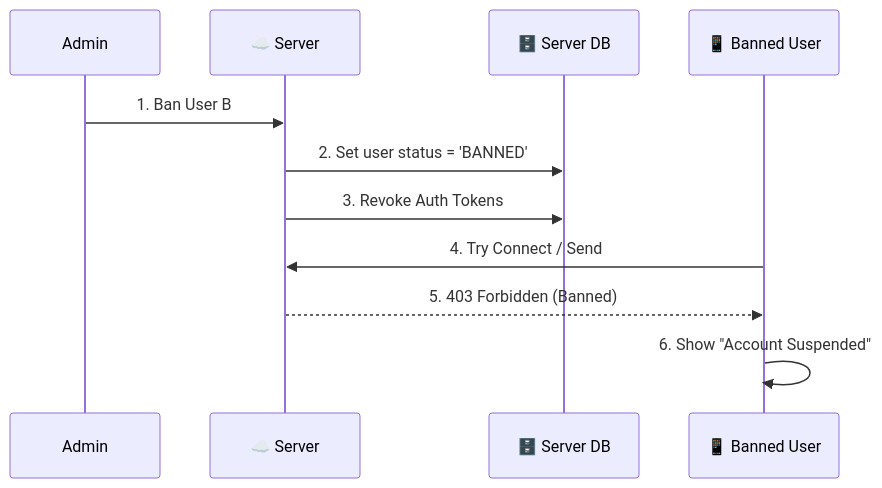
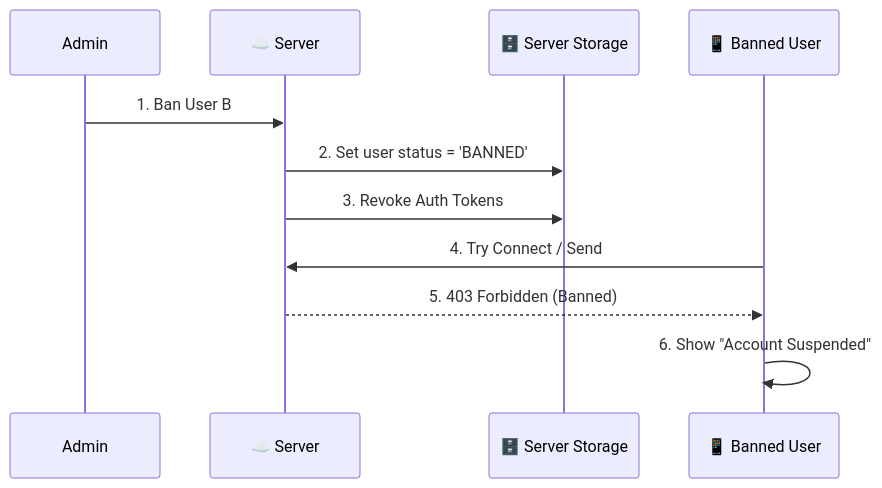
One commit to sameerctinfotech/temp-share changed diagram 13 of 18 in use_case.md. Above: the diagram before and after it, drawn with Mermaid. The commit also changed other lines of this file, not shown here.

````diff
--- a/use_case.md
+++ b/use_case.md
@@ -284,15 +284,15 @@
 ```mermaid
 sequenceDiagram
     participant Admin
     participant Server as ☁️ Server
-    participant SDB as 🗄️ Server DB
+    participant SS as 🗄️ Server Storage
     participant Target as 📱 Banned User
 
     Admin->>Server: 1. Ban User B
-    Server->>SDB: 2. Set user status = 'BANNED'
-    Server->>SDB: 3. Revoke Auth Tokens
+    Server->>SS: 2. Set user status = 'BANNED'
+    Server->>SS: 3. Revoke Auth Tokens
     
     Target->>Server: 4. Try Connect / Send
     Server-->>Target: 5. 403 Forbidden (Banned)
     Target->>Target: 6. Show "Account Suspended"
 ```
````
